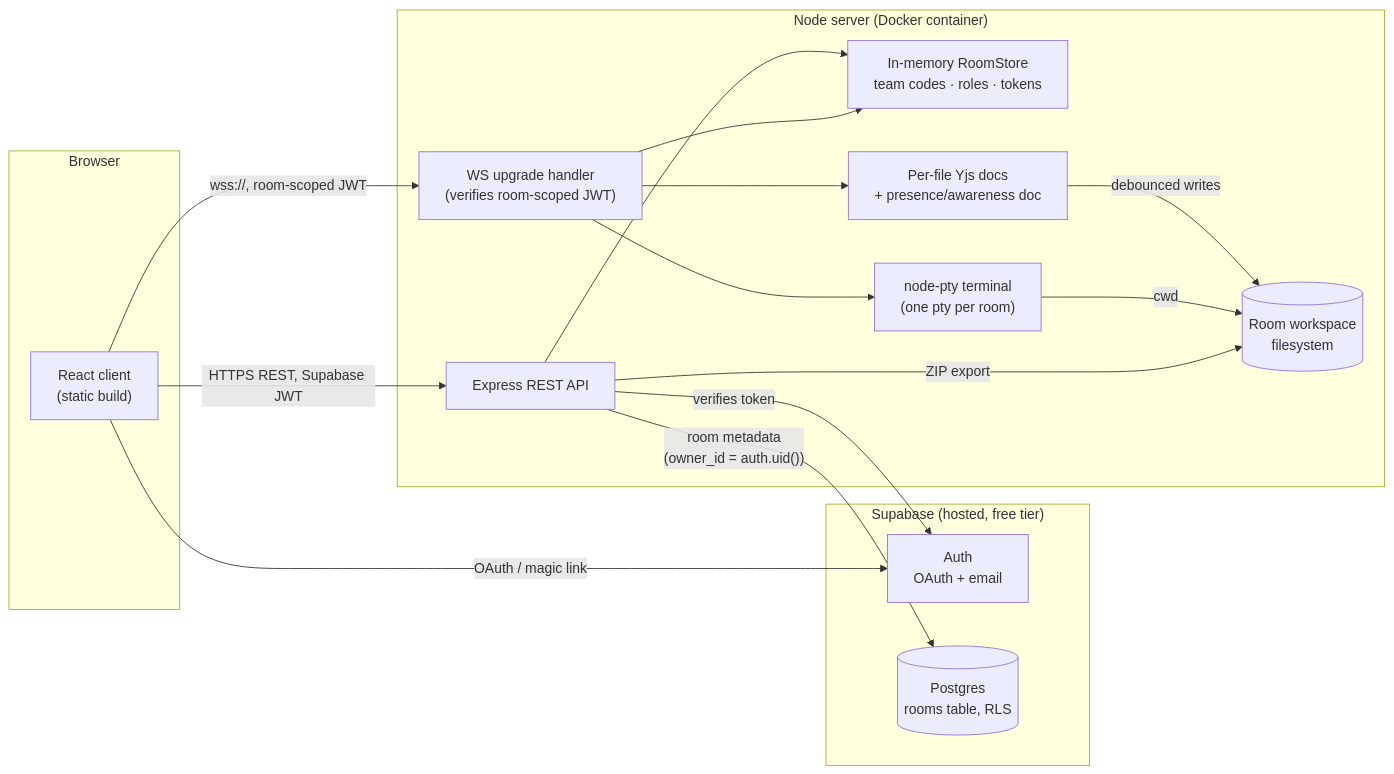
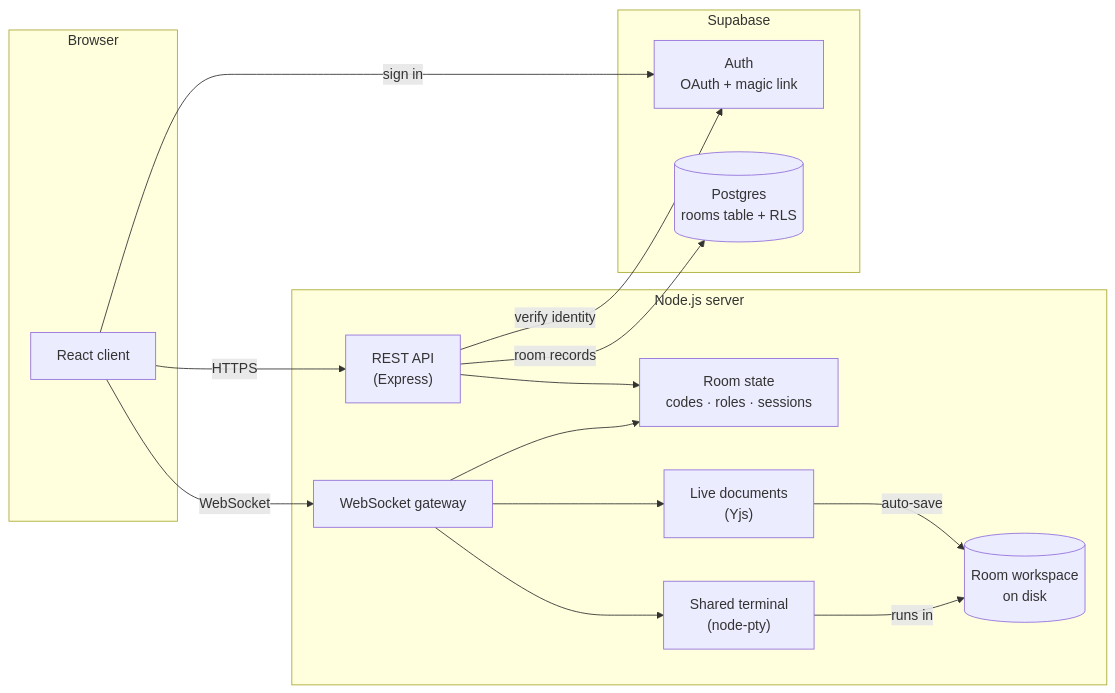
The diagram in README.md (raaahhhhuuul/Vscode.io), drawn with Mermaid before and after one commit. The commit also changed other lines of this file and 29 other files, not shown here.

````diff
--- a/README.md
+++ b/README.md
@@ -19,33 +80,32 @@
 ```mermaid
 flowchart LR
     subgraph Browser
-        Client["React client\n(static build)"]
+        Client["React client"]
     end
 
-    subgraph Supabase["Supabase (hosted, free tier)"]
-        Auth["Auth\nOAuth + email"]
-        PG[("Postgres\nrooms table, RLS")]
+    subgraph Supabase
+        Auth["Auth\nOAuth + magic link"]
+        PG[("Postgres\nrooms table + RLS")]
     end
 
-    subgraph Server["Node server (Docker container)"]
-        REST["Express REST API"]
-        WSUp["WS upgrade handler\n(verifies room-scoped JWT)"]
-        RoomStore["In-memory RoomStore\nteam codes · roles · tokens"]
-        YjsDocs["Per-file Yjs docs\n+ presence/awareness doc"]
-        Terminal["node-pty terminal\n(one pty per room)"]
-        FS[("Room workspace\nfilesystem")]
+    subgraph Server["Node.js server"]
+        REST["REST API\n(Express)"]
+        WS["WebSocket gateway"]
+        RoomStore["Room state\ncodes · roles · sessions"]
+        Yjs["Live documents\n(Yjs)"]
+        Term["Shared terminal\n(node-pty)"]
+        FS[("Room workspace\non disk")]
     end
 
-    Client -- "HTTPS REST, Supabase JWT" --> REST
-    Client -- "OAuth / magic link" --> Auth
-    Client -- "wss://, room-scoped JWT" --> WSUp
-    REST -- "verifies token" --> Auth
-    REST -- "room metadata\n(owner_id = auth.uid())" --> PG
+    Client -- "sign in" --> Auth
+    Client -- "HTTPS" --> REST
+    Client -- "WebSocket" --> WS
+    REST -- "verify identity" --> Auth
+    REST -- "room records" --> PG
     REST --> RoomStore
-    WSUp --> RoomStore
-    WSUp --> YjsDocs
-    WSUp --> Terminal
-    YjsDocs -- "debounced writes" --> FS
-    Terminal -- "cwd" --> FS
-    REST -- "ZIP export" --> FS
+    WS --> RoomStore
+    WS --> Yjs
+    WS --> Term
+    Yjs -- "auto-save" --> FS
+    Term -- "runs in" --> FS
 ```
````
